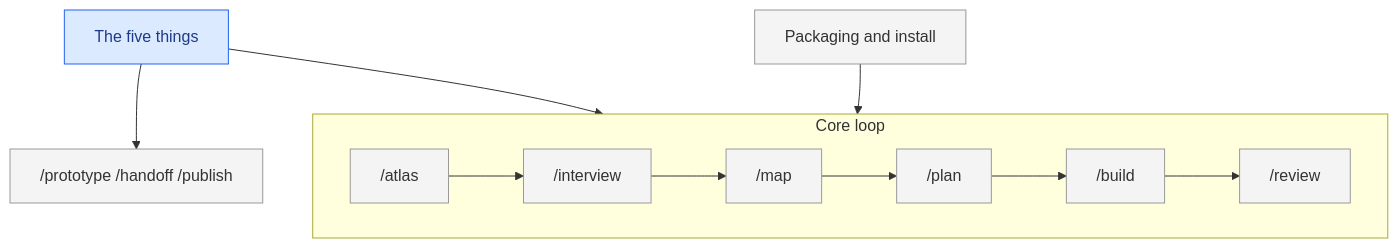
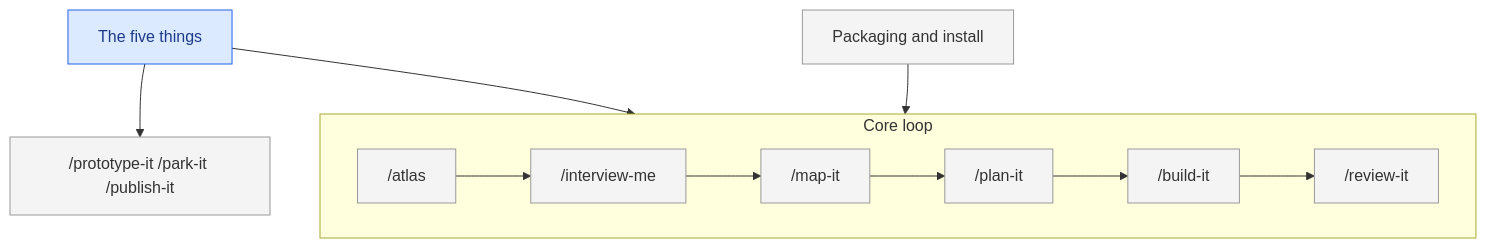
Before and after one commit to somethingdarkside1/atlas-skills: the diagram in MAP.md, drawn with Mermaid. The commit also changed other lines of this file and 6 other files, not shown here.

````diff
--- a/MAP.md
+++ b/MAP.md
@@ -15,19 +15,19 @@
 ```mermaid
 flowchart TB
   classDef sketched fill:#f4f4f4,stroke:#999,color:#333
   classDef decided fill:#dbeafe,stroke:#2563eb,color:#1e3a8a
   classDef building fill:#fef3c7,stroke:#d97706,color:#78350f
   classDef done fill:#dcfce7,stroke:#16a34a,color:#14532d
 
   five-things["The five things"]:::decided
   packaging["Packaging and install"]:::sketched
-  side-skills["/prototype /handoff /publish"]:::sketched
+  side-skills["/prototype-it /park-it /publish-it"]:::sketched
   subgraph core[Core loop]
     direction LR
-    atlas-skill["/atlas"]:::sketched --> interview-skill["/interview"]:::sketched --> map-skill["/map"]:::sketched --> plan-skill["/plan"]:::sketched --> build-skill["/build"]:::sketched --> review-skill["/review"]:::sketched
+    atlas-skill["/atlas"]:::sketched --> interview-skill["/interview-me"]:::sketched --> map-skill["/map-it"]:::sketched --> plan-skill["/plan-it"]:::sketched --> build-skill["/build-it"]:::sketched --> review-skill["/review-it"]:::sketched
   end
 
   five-things --> core
   five-things --> side-skills
   packaging --> core
 ```
````
